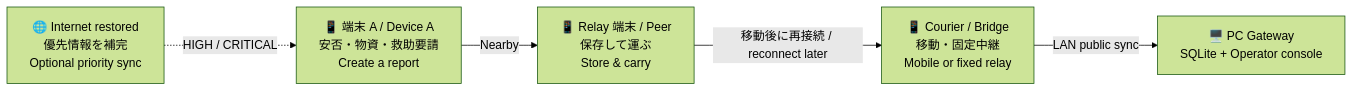
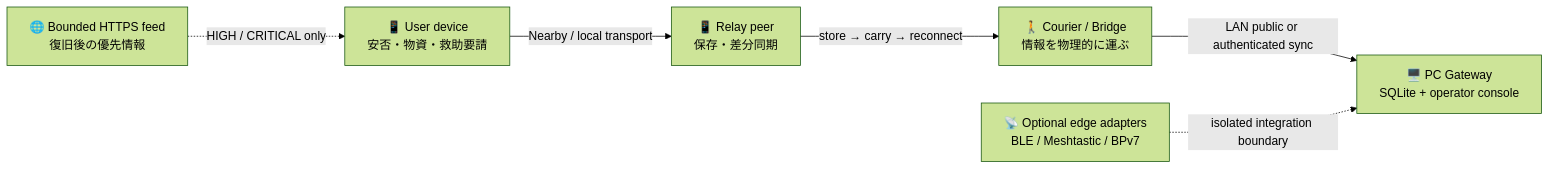
Before and after one commit to NEGI46/Relay: the diagram in README.md, drawn with Mermaid (forest theme). The commit also changed other lines of this file, not shown here.

Commit message:
docs: refresh bilingual README for current Relay architecture

````diff
--- a/README.md
+++ b/README.md
@@ -26,13 +27,15 @@
 ```mermaid
 flowchart LR
-    A["📱 端末 A / Device A<br/>安否・物資・救助要請<br/>Create a report"]
-    B["📱 Relay 端末 / Peer<br/>保存して運ぶ<br/>Store & carry"]
-    C["📱 Courier / Bridge<br/>移動・固定中継<br/>Mobile or fixed relay"]
-    D["🖥️ PC Gateway<br/>SQLite + Operator console"]
-    E["🌐 Internet restored<br/>優先情報を補完<br/>Optional priority sync"]
+    U["📱 User device<br/>安否・物資・救助要請"]
+    P["📱 Relay peer<br/>保存・差分同期"]
+    C["🚶 Courier / Bridge<br/>情報を物理的に運ぶ"]
+    G["🖥️ PC Gateway<br/>SQLite + operator console"]
+    X["📡 Optional edge adapters<br/>BLE / Meshtastic / BPv7"]
+    I["🌐 Bounded HTTPS feed<br/>復旧後の優先情報"]
 
-    A -->|"Nearby"| B
-    B -->|"移動後に再接続 / reconnect later"| C
-    C -->|"LAN public sync"| D
-    E -.->|"HIGH / CRITICAL"| A
+    U -->|Nearby / local transport| P
+    P -->|store → carry → reconnect| C
+    C -->|LAN public or authenticated sync| G
+    X -. isolated integration boundary .-> G
+    I -. HIGH / CRITICAL only .-> U
 ```
````
